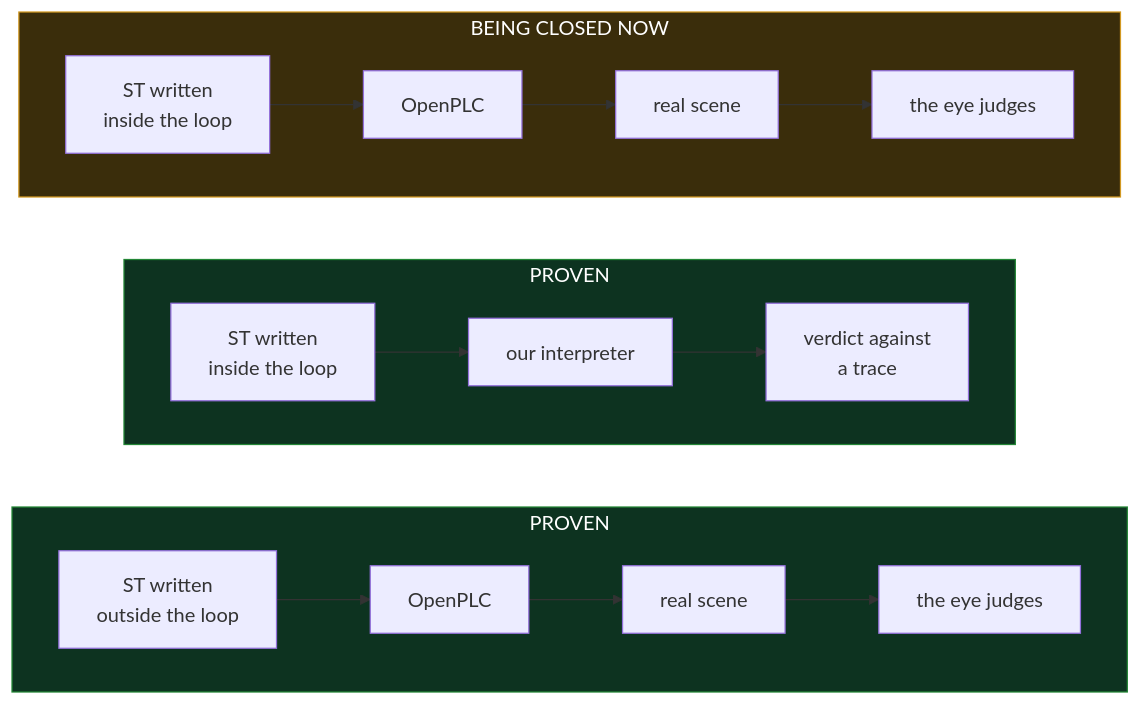
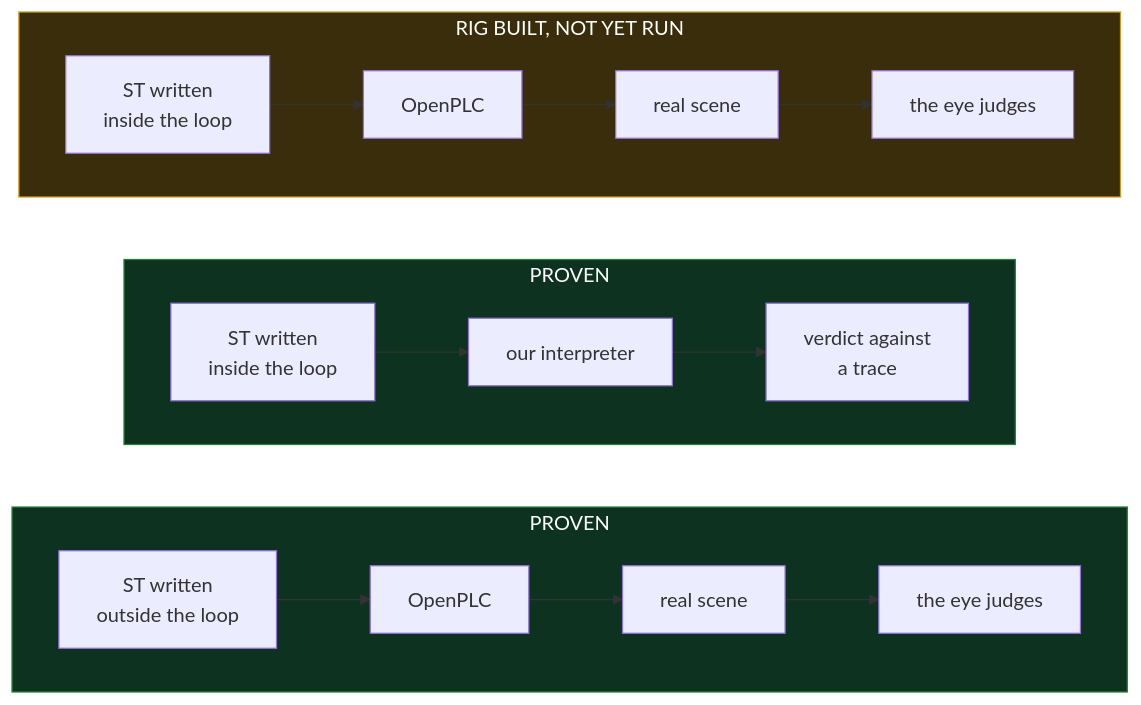
Before and after one commit to antonbj3/VC_Assist: the third of 3 diagrams in docs/PRESENTATION_UTKAST.md, drawn with Mermaid. The commit also changed other lines of this file, not shown here.

Commit message:
presentationen: riggen ar byggd men inte kord - 'being closed now' var ett pastaende utan tackning

````diff
--- a/docs/PRESENTATION_UTKAST.md
+++ b/docs/PRESENTATION_UTKAST.md
@@ -128,19 +128,19 @@
 ```mermaid
 flowchart LR
     subgraph P1["PROVEN"]
         direction LR
         H1["ST written<br/>outside the loop"] --> H2["OpenPLC"] --> H3["real scene"] --> H4["the eye judges"]
     end
     subgraph P2["PROVEN"]
         direction LR
         M1["ST written<br/>inside the loop"] --> M2["our interpreter"] --> M3["verdict against<br/>a trace"]
     end
-    subgraph P3["BEING CLOSED NOW"]
+    subgraph P3["RIG BUILT, NOT YET RUN"]
         direction LR
         X1["ST written<br/>inside the loop"] --> X2["OpenPLC"] --> X3["real scene"] --> X4["the eye judges"]
     end
 
     style P1 fill:#0d3320,stroke:#238636,color:#fff
     style P2 fill:#0d3320,stroke:#238636,color:#fff
     style P3 fill:#3a2d0b,stroke:#d29922,color:#fff
 ```
````
